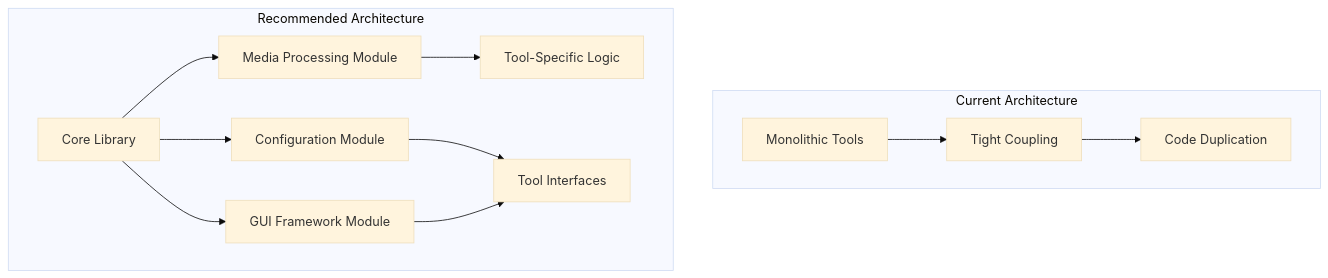
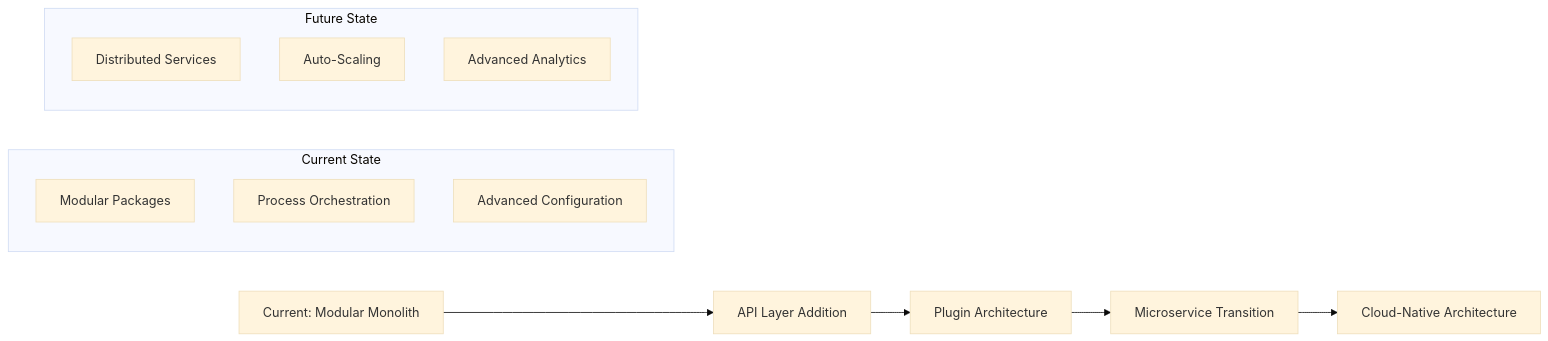
One commit to blakedemarest/BEDROT-Media-Suite changed diagram 15 of 15 in ARCHITECTURE_DOCUMENTATION.md. Above: the diagram before and after it, drawn with Mermaid (base theme). The commit also changed other lines of this file and 54 other files, not shown here.

````diff
--- a/ARCHITECTURE_DOCUMENTATION.md
+++ b/ARCHITECTURE_DOCUMENTATION.md
@@ -538,16 +941,19 @@
 ```mermaid
-graph TB
-    subgraph "Current Architecture"
-        A[Monolithic Tools] --> B[Tight Coupling]
-        B --> C[Code Duplication]
+graph LR
+    CURRENT[Current: Modular Monolith] --> API[API Layer Addition]
+    API --> PLUGIN[Plugin Architecture]
+    PLUGIN --> MICRO[Microservice Transition]
+    MICRO --> CLOUD[Cloud-Native Architecture]
+    
+    subgraph "Current State"
+        MOD[Modular Packages]
+        PROC[Process Orchestration]
+        CONFIG[Advanced Configuration]
     end
     
-    subgraph "Recommended Architecture"
-        D[Core Library] --> E[Media Processing Module]
-        D --> F[Configuration Module]
-        D --> G[GUI Framework Module]
-        E --> H[Tool-Specific Logic]
-        F --> I[Tool Interfaces]
-        G --> I
+    subgraph "Future State"
+        DISTRIBUTED[Distributed Services]
+        SCALABLE[Auto-Scaling]
+        ANALYTICS[Advanced Analytics]
     end
 ```
````
